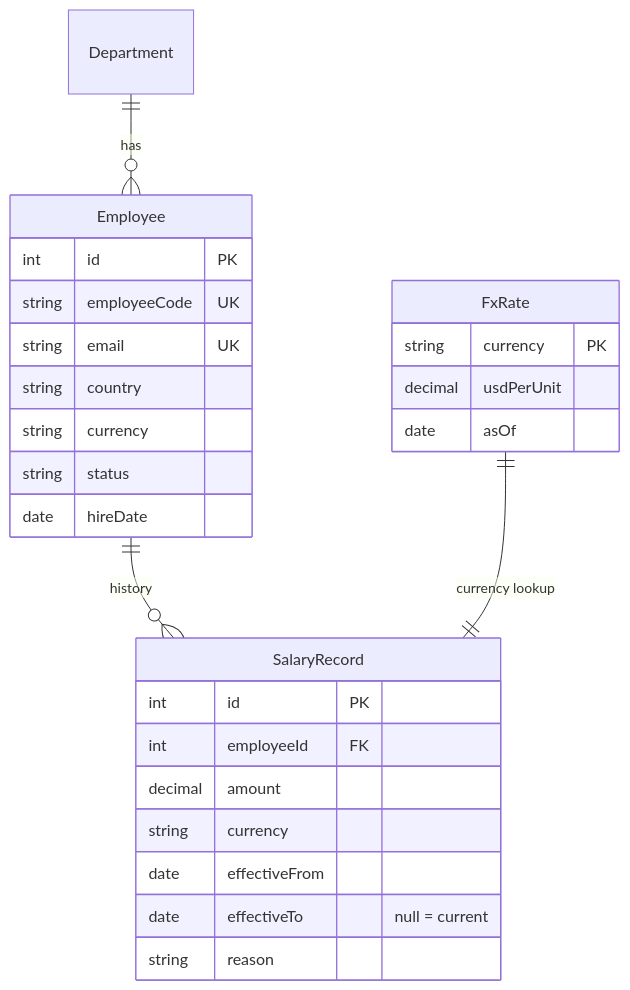
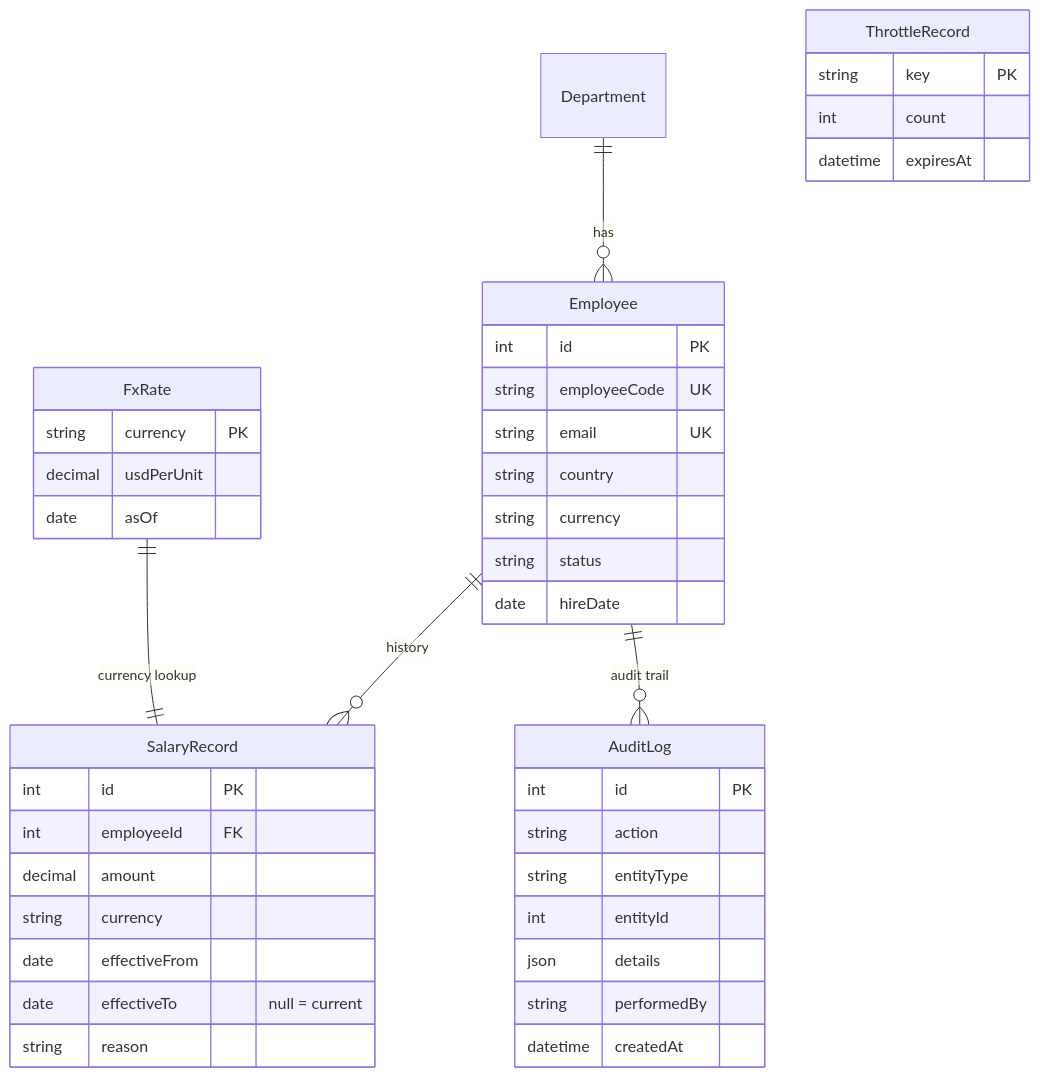
Before and after one commit to wolvie782/salary-management: the second of 2 diagrams in docs/architecture.md, drawn with Mermaid. The commit also changed other lines of this file and 33 other files, not shown here.

````diff
--- a/docs/architecture.md
+++ b/docs/architecture.md
@@ -31,29 +32,44 @@
 ```mermaid
 erDiagram
     Department ||--o{ Employee : has
     Employee ||--o{ SalaryRecord : "history"
     FxRate ||--|| SalaryRecord : "currency lookup"
+    Employee ||--o{ AuditLog : "audit trail"
     Employee {
         int id PK
         string employeeCode UK
         string email UK
         string country
         string currency
         string status
         date hireDate
     }
     SalaryRecord {
         int id PK
         int employeeId FK
         decimal amount
         string currency
         date effectiveFrom
         date effectiveTo "null = current"
         string reason
     }
     FxRate {
         string currency PK
         decimal usdPerUnit
         date asOf
     }
+    AuditLog {
+        int id PK
+        string action
+        string entityType
+        int entityId
+        json details
+        string performedBy
+        datetime createdAt
+    }
+    ThrottleRecord {
+        string key PK
+        int count
+        datetime expiresAt
+    }
 ```
````
